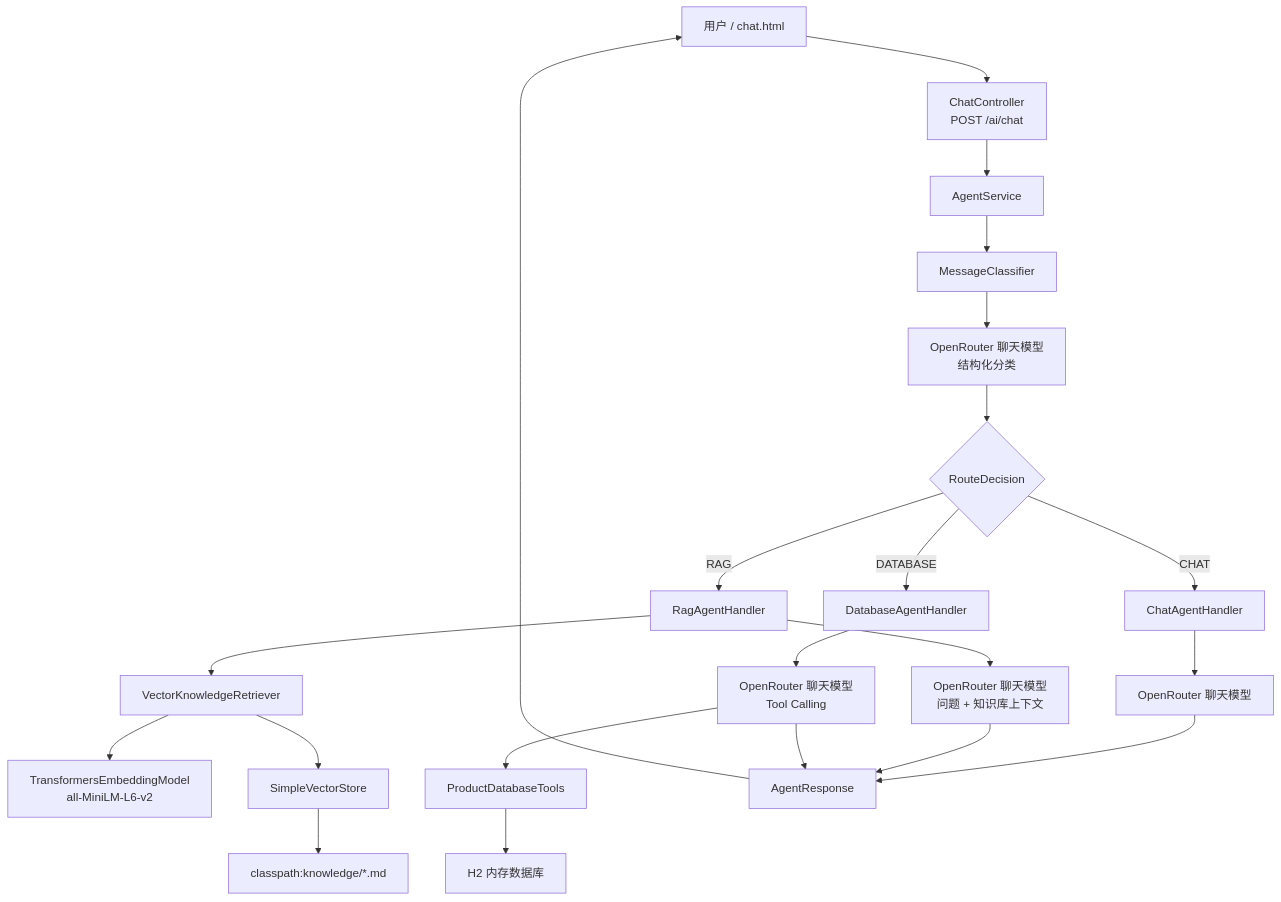
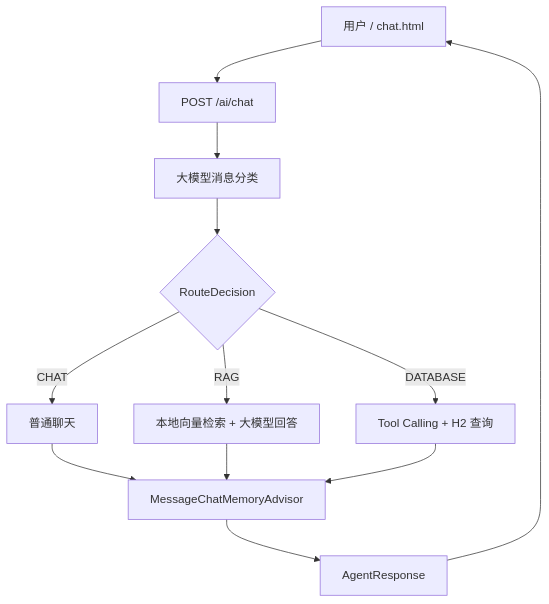
One commit to hdwang123/sagent changed the diagram in README.md. Above: the diagram before and after it, drawn with Mermaid. The commit also changed other lines of this file and 15 other files, not shown here.

Commit message:
feat: add advisor-backed conversation memory

````diff
--- a/README.md
+++ b/README.md
@@ -43,28 +33,14 @@
 ```mermaid
 flowchart TD
-    U["用户 / chat.html"] --> C["ChatController<br/>POST /ai/chat"]
-    C --> S["AgentService"]
-    S --> R["MessageClassifier"]
-    R --> LLM1["OpenRouter 聊天模型<br/>结构化分类"]
-    LLM1 --> D{"RouteDecision"}
-
-    D -->|"CHAT"| CH["ChatAgentHandler"]
-    CH --> LLM2["OpenRouter 聊天模型"]
-
-    D -->|"RAG"| RH["RagAgentHandler"]
-    RH --> VR["VectorKnowledgeRetriever"]
-    VR --> EM["TransformersEmbeddingModel<br/>all-MiniLM-L6-v2"]
-    VR --> VS["SimpleVectorStore"]
-    VS --> DOC["classpath:knowledge/*.md"]
-    RH --> LLM3["OpenRouter 聊天模型<br/>问题 + 知识库上下文"]
-
-    D -->|"DATABASE"| DBH["DatabaseAgentHandler"]
-    DBH --> LLM4["OpenRouter 聊天模型<br/>Tool Calling"]
-    LLM4 --> TOOL["ProductDatabaseTools"]
-    TOOL --> H2["H2 内存数据库"]
-
-    LLM2 --> A["AgentResponse"]
-    LLM3 --> A
-    LLM4 --> A
+    U["用户 / chat.html"] --> C["POST /ai/chat"]
+    C --> R["大模型消息分类"]
+    R --> D{"RouteDecision"}
+    D -->|"CHAT"| CH["普通聊天"]
+    D -->|"RAG"| RA["本地向量检索 + 大模型回答"]
+    D -->|"DATABASE"| DB["Tool Calling + H2 查询"]
+    CH --> M["MessageChatMemoryAdvisor"]
+    RA --> M
+    DB --> M
+    M --> A["AgentResponse"]
     A --> U
 ```
````
